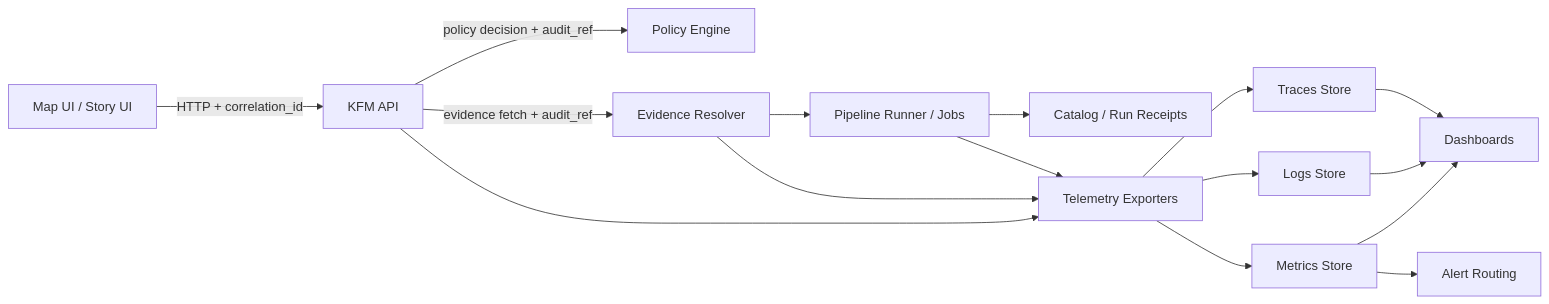
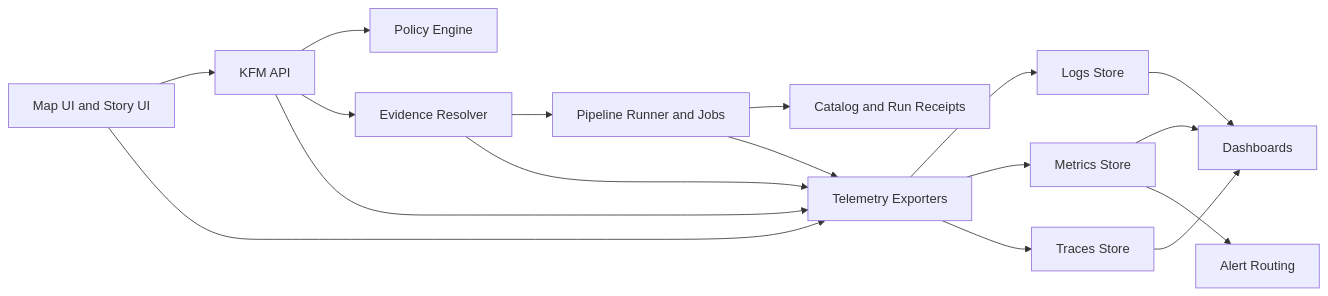
The diagram in configs/observability/README.md (bartytime4life/Kansas-Frontier-Matrix), drawn with Mermaid before and after one commit. The commit also changed other lines of this file, not shown here.

````diff
--- a/configs/observability/README.md
+++ b/configs/observability/README.md
@@ -93,18 +144,23 @@
 ```mermaid
 flowchart LR
-  UI[Map UI / Story UI] -->|HTTP + correlation_id| API[KFM API]
-  API -->|policy decision + audit_ref| PE[Policy Engine]
-  API -->|evidence fetch + audit_ref| ER[Evidence Resolver]
-  ER --> PIP[Pipeline Runner / Jobs]
-  PIP --> CAT[Catalog / Run Receipts]
-  API --> OBS[Telemetry Exporters]
+  UI[Map UI and Story UI] --> API[KFM API]
+  API --> PE[Policy Engine]
+  API --> ER[Evidence Resolver]
+  ER --> PIP[Pipeline Runner and Jobs]
+  PIP --> CAT[Catalog and Run Receipts]
+
+  UI --> OBS[Telemetry Exporters]
+  API --> OBS
   ER --> OBS
   PIP --> OBS
+
   OBS --> LOGS[Logs Store]
   OBS --> MET[Metrics Store]
   OBS --> TR[Traces Store]
-  MET --> DASH[Dashboards]
-  LOGS --> DASH
+
+  LOGS --> DASH[Dashboards]
+  MET --> DASH
   TR --> DASH
+
   MET --> ALERTS[Alert Routing]
 ```
````
